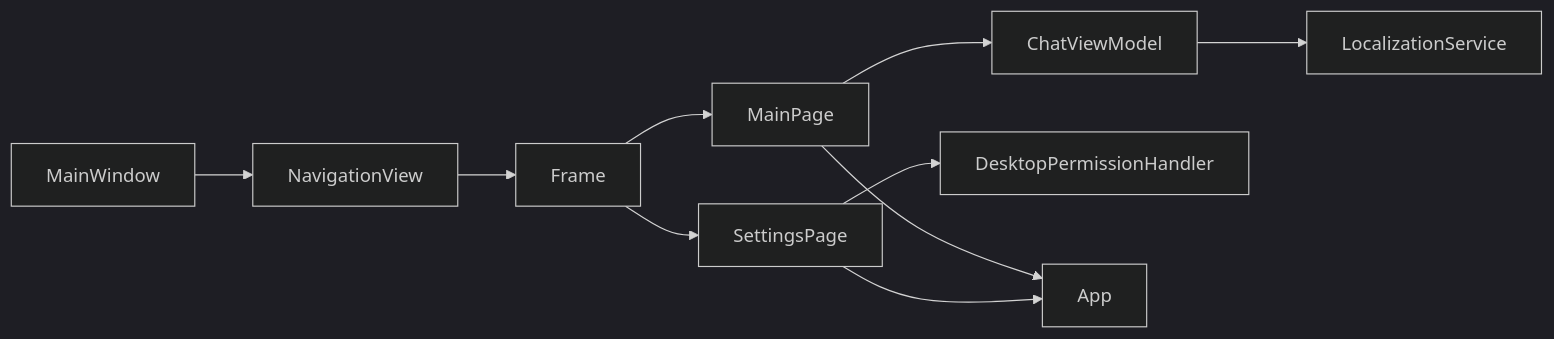
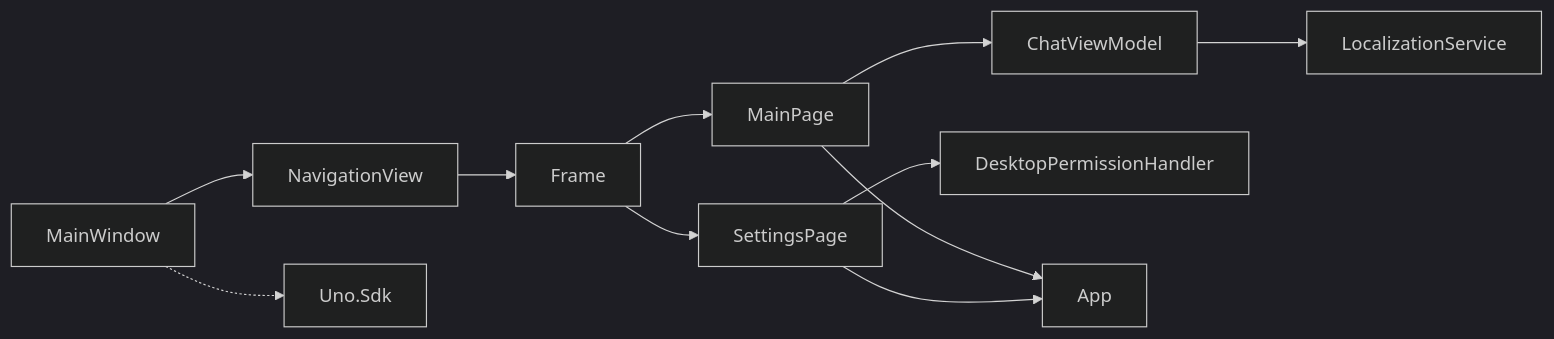
Before and after one commit to AgenticDesktop/App: the seventh of 7 diagrams in .qoder/repowiki/zh/content/开发指南/项目结构/主窗口框架.md, drawn with Mermaid (dark theme). The commit also changed other lines of this file and 108 other files, not shown here.

````diff
--- a/.qoder/repowiki/zh/content/开发指南/项目结构/主窗口框架.md
+++ b/.qoder/repowiki/zh/content/开发指南/项目结构/主窗口框架.md
@@ -338,12 +433,13 @@
 ```mermaid
 graph LR
 MW["MainWindow"] --> NAV["NavigationView"]
 NAV --> FR["Frame"]
 FR --> MP["MainPage"]
 FR --> SP["SettingsPage"]
 MP --> CVM["ChatViewModel"]
 SP --> PERM["DesktopPermissionHandler"]
 CVM --> LCL["LocalizationService"]
 MP --> APP["App"]
 SP --> APP
+MW -.-> UNO["Uno.Sdk"]
 ```
````
